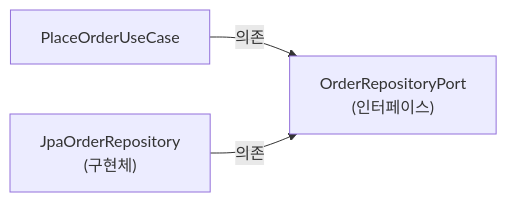
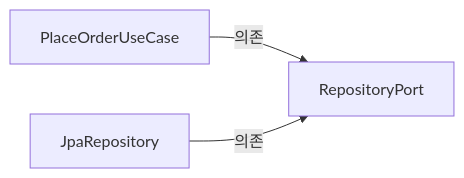
One commit to yjkim2015/yjkim2015.github.io changed the fourth of 8 diagrams in _posts/architecture/2026-05-12-layered-clean-onion.md. Above: the diagram before and after it, drawn with Mermaid. The commit also changed other lines of this file and 245 other files, not shown here.

First line of the commit message:
Mermaid 다이어그램 전면 수정 + 면접 포인트 접기/펼치기 + DB 데드락 페이지

````diff
--- a/_posts/architecture/2026-05-12-layered-clean-onion.md
+++ b/_posts/architecture/2026-05-12-layered-clean-onion.md
@@ -118,5 +113,5 @@
 ```mermaid
 graph LR
-    UC["PlaceOrderUseCase"] -->|의존| ORP["OrderRepositoryPort\n(인터페이스)"]
-    JPA["JpaOrderRepository\n(구현체)"] -->|의존| ORP
+    UC["PlaceOrderUseCase"] -->|의존| ORP["RepositoryPort"]
+    JPA["JpaRepository"] -->|의존| ORP
 ```
````
